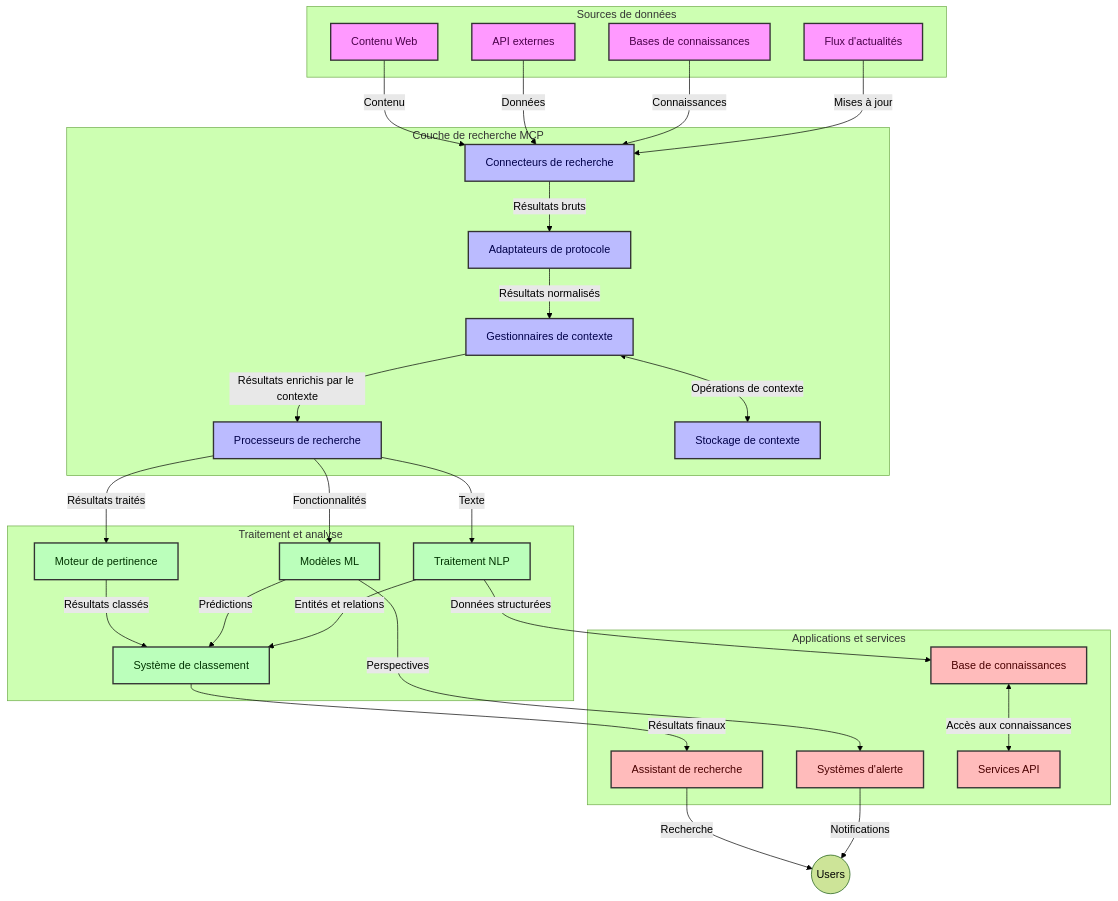
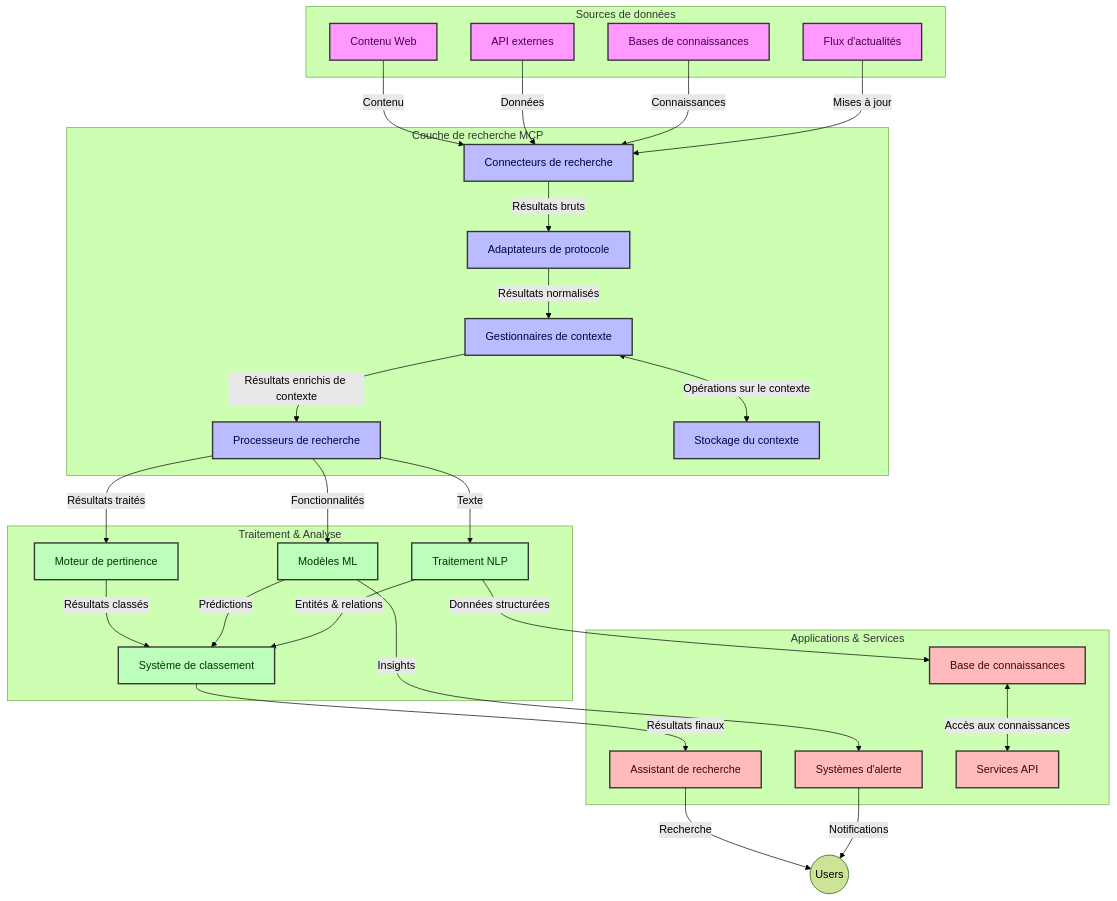
Before and after one commit to microsoft/mcp-for-beginners: the first of 4 diagrams in translations/fr/05-AdvancedTopics/mcp-realtimesearch/README.md, drawn with Mermaid (forest theme). The commit also changed other lines of this file and 146 other files, not shown here.

````diff
--- a/translations/fr/05-AdvancedTopics/mcp-realtimesearch/README.md
+++ b/translations/fr/05-AdvancedTopics/mcp-realtimesearch/README.md
@@ -109,66 +109,66 @@
 ```mermaid
 graph TD
     subgraph "Sources de données"
         Web[Contenu Web]
         APIs[API externes]
         DB[Bases de connaissances]
         News[Flux d'actualités]
     end
 
     subgraph "Couche de recherche MCP"
         SC[Connecteurs de recherche]
         PA[Adaptateurs de protocole]
         CH[Gestionnaires de contexte]
         SP[Processeurs de recherche]
-        CS[Stockage de contexte]
+        CS[Stockage du contexte]
     end
 
-    subgraph "Traitement et analyse"
+    subgraph "Traitement & Analyse"
         RE[Moteur de pertinence]
         ML[Modèles ML]
         NLP[Traitement NLP]
         Rank[Système de classement]
     end
 
-    subgraph "Applications et services"
+    subgraph "Applications & Services"
         RA[Assistant de recherche]
         Alerts[Systèmes d'alerte]
         KB[Base de connaissances]
         API[Services API]
     end
 
     Web -->|Contenu| SC
     APIs -->|Données| SC
     DB -->|Connaissances| SC
     News -->|Mises à jour| SC
     
     SC -->|Résultats bruts| PA
     PA -->|Résultats normalisés| CH
-    CH <-->|Opérations de contexte| CS
-    CH -->|Résultats enrichis par le contexte| SP
+    CH <-->|Opérations sur le contexte| CS
+    CH -->|Résultats enrichis de contexte| SP
     SP -->|Résultats traités| RE
     SP -->|Fonctionnalités| ML
     SP -->|Texte| NLP
     
     RE -->|Résultats classés| Rank
     ML -->|Prédictions| Rank
-    NLP -->|Entités et relations| Rank
+    NLP -->|Entités & relations| Rank
     
     Rank -->|Résultats finaux| RA
-    ML -->|Perspectives| Alerts
+    ML -->|Insights| Alerts
     NLP -->|Données structurées| KB
     
     RA -->|Recherche| Users((Users))
     Alerts -->|Notifications| Users
     KB <-->|Accès aux connaissances| API
 
     classDef sources fill:#f9f,stroke:#333,stroke-width:2px,color:#4a004a
     classDef mcp fill:#bbf,stroke:#333,stroke-width:2px,color:#00004a
     classDef processing fill:#bfb,stroke:#333,stroke-width:2px,color:#003300
     classDef apps fill:#fbb,stroke:#333,stroke-width:2px,color:#4a0000
     
     class Web,APIs,DB,News sources
     class SC,PA,CH,SP,CS mcp
     class RE,ML,NLP,Rank processing
     class RA,Alerts,KB,API apps
 ```
````
